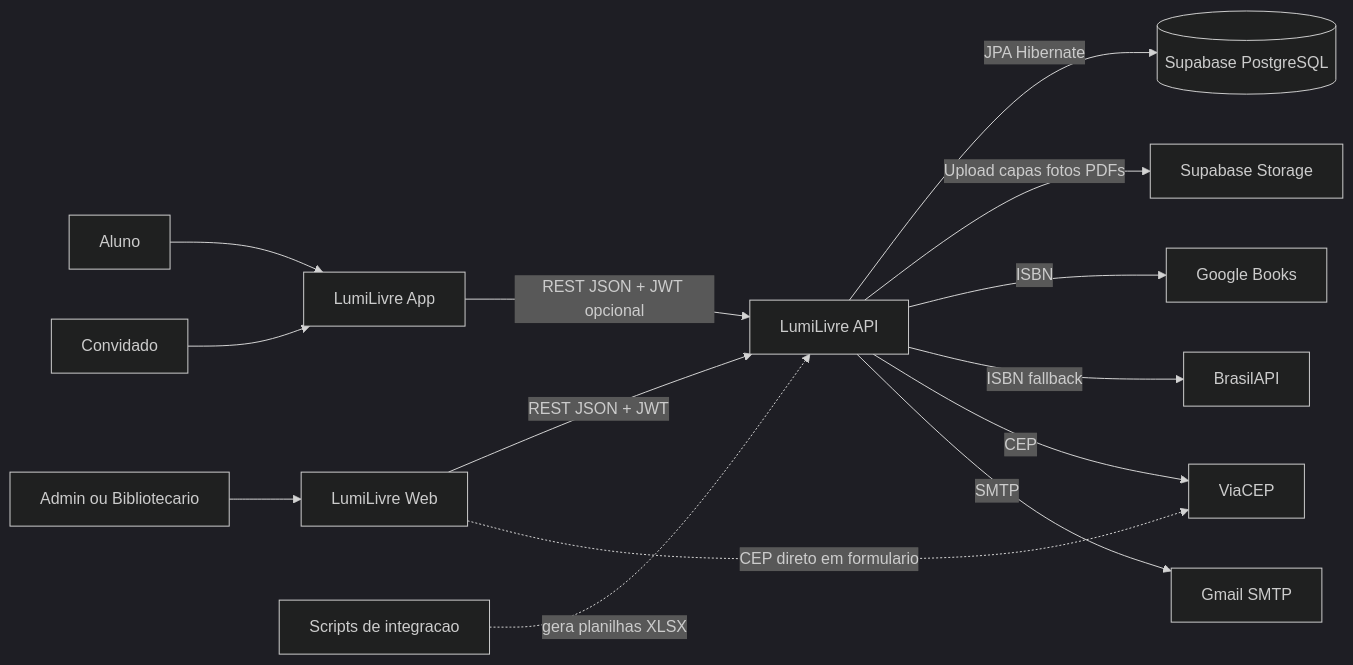
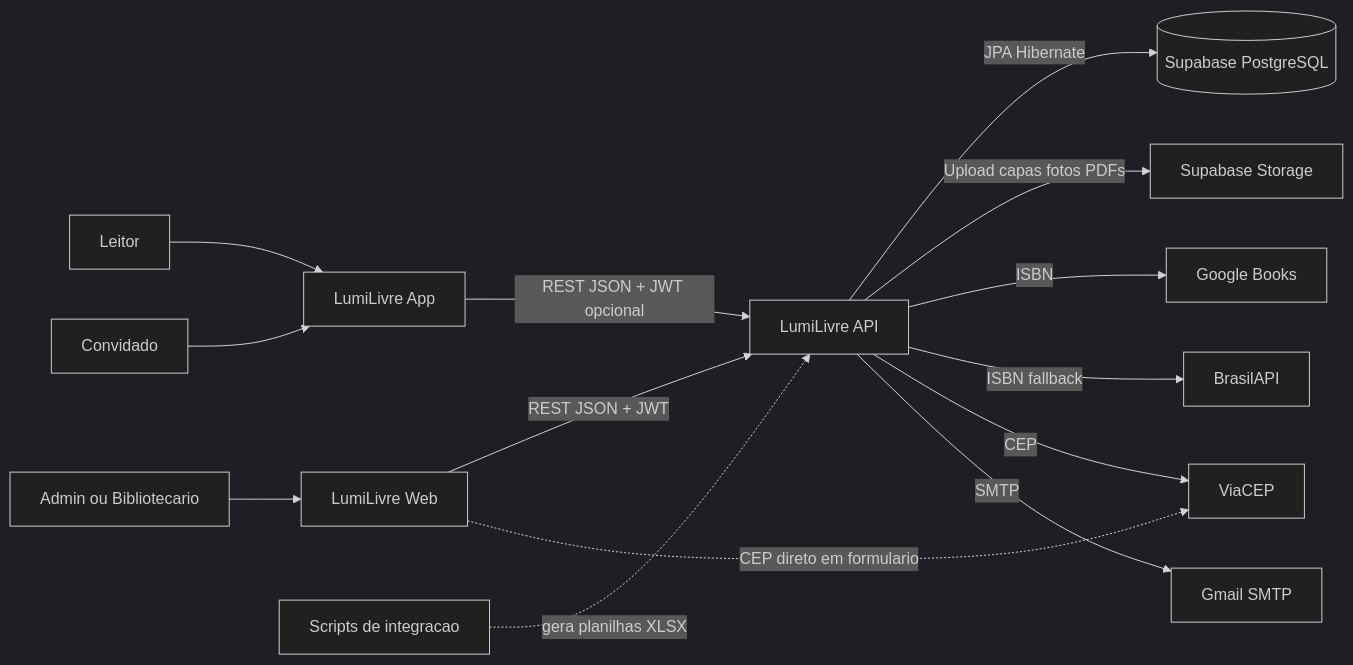
The first of 5 diagrams in docs/lumilivre_context.md (n33miaz/lumilivre-api), drawn with Mermaid (dark theme) before and after one commit. The commit also changed other lines of this file and 171 other files, not shown here.

````diff
--- a/docs/lumilivre_context.md
+++ b/docs/lumilivre_context.md
@@ -17,19 +17,19 @@
 ```mermaid
 flowchart LR
     Admin[Admin ou Bibliotecario] --> Web[LumiLivre Web]
-    Aluno[Aluno] --> App[LumiLivre App]
+    Leitor[Leitor] --> App[LumiLivre App]
     Convidado[Convidado] --> App
 
     Web -->|REST JSON + JWT| API[LumiLivre API]
     App -->|REST JSON + JWT opcional| API
 
     API -->|JPA Hibernate| DB[(Supabase PostgreSQL)]
     API -->|Upload capas fotos PDFs| Storage[Supabase Storage]
     API -->|ISBN| Google[Google Books]
     API -->|ISBN fallback| BrasilAPI[BrasilAPI]
     API -->|CEP| ViaCEP[ViaCEP]
     API -->|SMTP| Mail[Gmail SMTP]
 
     Web -.->|CEP direto em formulario| ViaCEP
     Integracao[Scripts de integracao] -.->|gera planilhas XLSX| API
 ```
````
